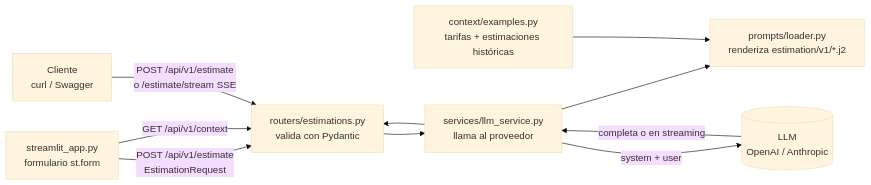
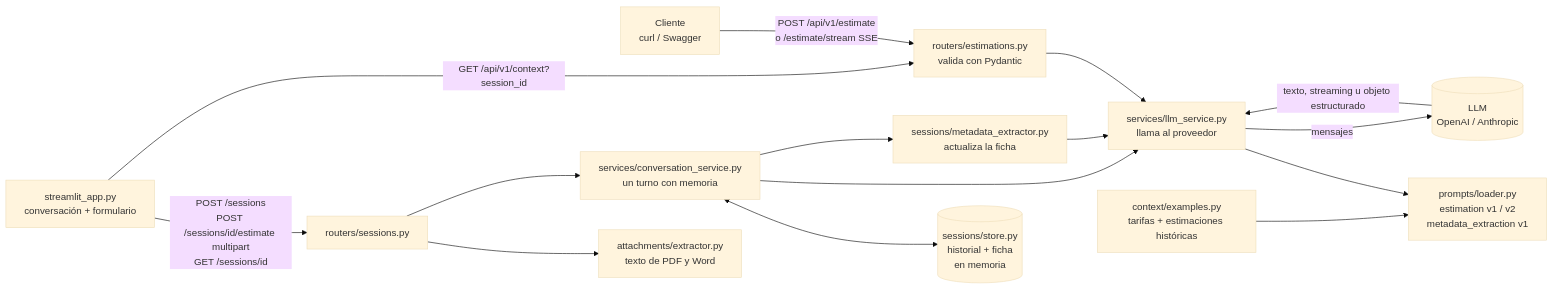
Before and after one commit to edutorres18/AIEngineering202609: the diagram in estimador-cag/README.md, drawn with Mermaid (base theme). The commit also changed other lines of this file and 34 other files, not shown here.

First line of the commit message:
feat(estimador-cag): conversación con memoria y adjuntos PDF/Word (sesión 5)

````diff
--- a/estimador-cag/README.md
+++ b/estimador-cag/README.md
@@ -66,12 +205,17 @@
 ```mermaid
 flowchart LR
-    U[streamlit_app.py<br/>formulario st.form] -->|POST /api/v1/estimate<br/>EstimationRequest| R
-    U -->|GET /api/v1/context| R
+    U[streamlit_app.py<br/>conversación + formulario] -->|POST /sessions<br/>POST /sessions/id/estimate multipart<br/>GET /sessions/id| RS[routers/sessions.py]
+    U -->|GET /api/v1/context?session_id| R
     C[Cliente<br/>curl / Swagger] -->|POST /api/v1/estimate<br/>o /estimate/stream SSE| R[routers/estimations.py<br/>valida con Pydantic]
+    RS --> A[attachments/extractor.py<br/>texto de PDF y Word]
+    RS --> CS[services/conversation_service.py<br/>un turno con memoria]
+    CS <--> M[(sessions/store.py<br/>historial + ficha<br/>en memoria)]
+    CS --> S
+    CS --> E[sessions/metadata_extractor.py<br/>actualiza la ficha]
+    E --> S
     R --> S[services/llm_service.py<br/>llama al proveedor]
-    S --> P[prompts/loader.py<br/>renderiza estimation/v1/*.j2]
+    S --> P[prompts/loader.py<br/>estimation v1 / v2<br/>metadata_extraction v1]
     X[context/examples.py<br/>tarifas + estimaciones históricas] --> P
-    S -->|system + user| L[(LLM<br/>OpenAI / Anthropic)]
-    L -->|completa o en streaming| S
-    S --> R
+    S -->|mensajes| L[(LLM<br/>OpenAI / Anthropic)]
+    L -->|texto, streaming u objeto estructurado| S
 ```
````
